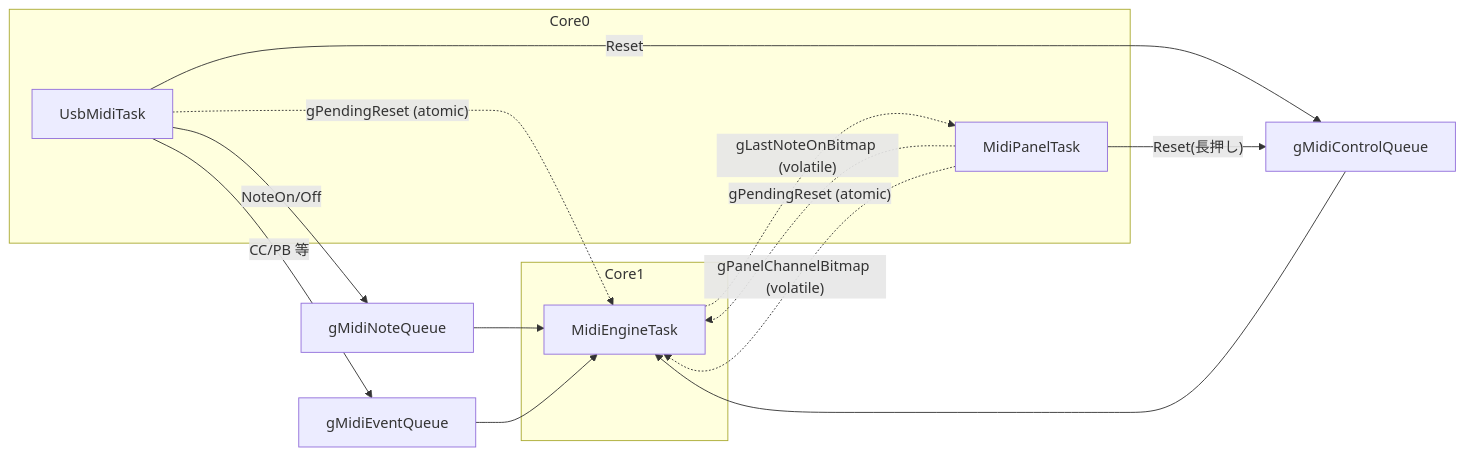
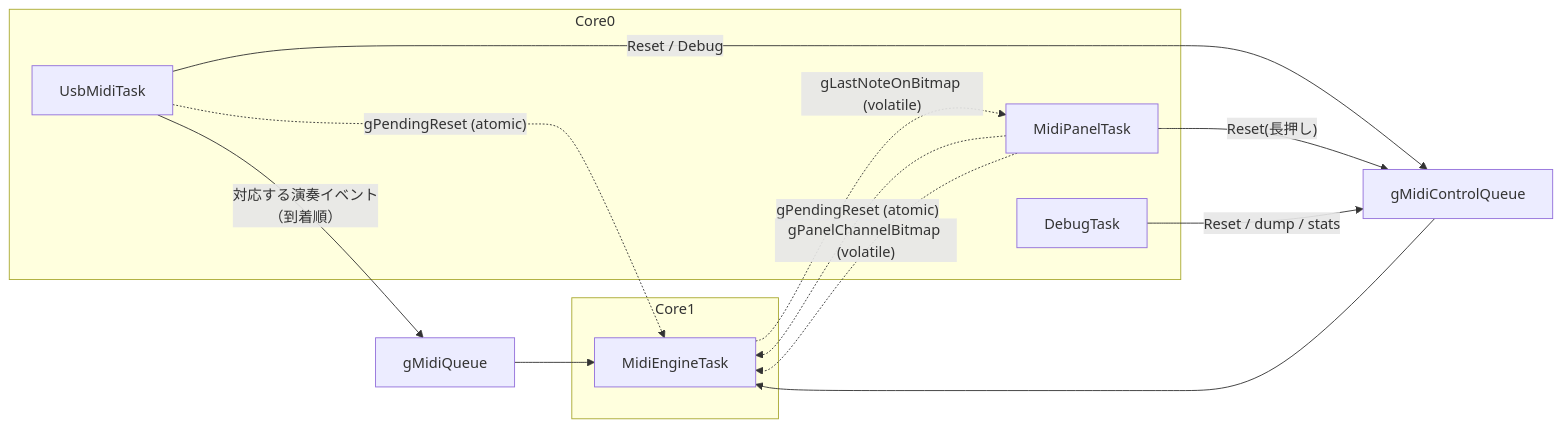
The third of 3 diagrams in doc/design_concurrency.md (46nori/FMSynthEnsembleV3), drawn with Mermaid before and after one commit. The commit also changed other lines of this file and 30 other files, not shown here.

````diff
--- a/doc/design_concurrency.md
+++ b/doc/design_concurrency.md
@@ -182,17 +183,18 @@
 ```mermaid
 flowchart LR
     subgraph Core0
         USB["UsbMidiTask"]
         PANEL["MidiPanelTask"]
+        DBG["DebugTask"]
     end
     subgraph Core1
         ENGINE["MidiEngineTask"]
     end
-    USB -- "NoteOn/Off" --> NQ["gMidiNoteQueue"] --> ENGINE
-    USB -- "CC/PB 等" --> EQ["gMidiEventQueue"] --> ENGINE
-    USB -- "Reset" --> CQ["gMidiControlQueue"] --> ENGINE
+    USB -- "対応する演奏イベント<br>（到着順）" --> MQ["gMidiQueue"] --> ENGINE
+    USB -- "Reset / Debug" --> CQ["gMidiControlQueue"] --> ENGINE
     PANEL -- "Reset(長押し)" --> CQ
+    DBG -- "Reset / dump / stats" --> CQ
     USB & PANEL -. "gPendingReset (atomic)" .-> ENGINE
     PANEL -. "gPanelChannelBitmap (volatile)" .-> ENGINE
     ENGINE -. "gLastNoteOnBitmap (volatile)" .-> PANEL
 ```
````
